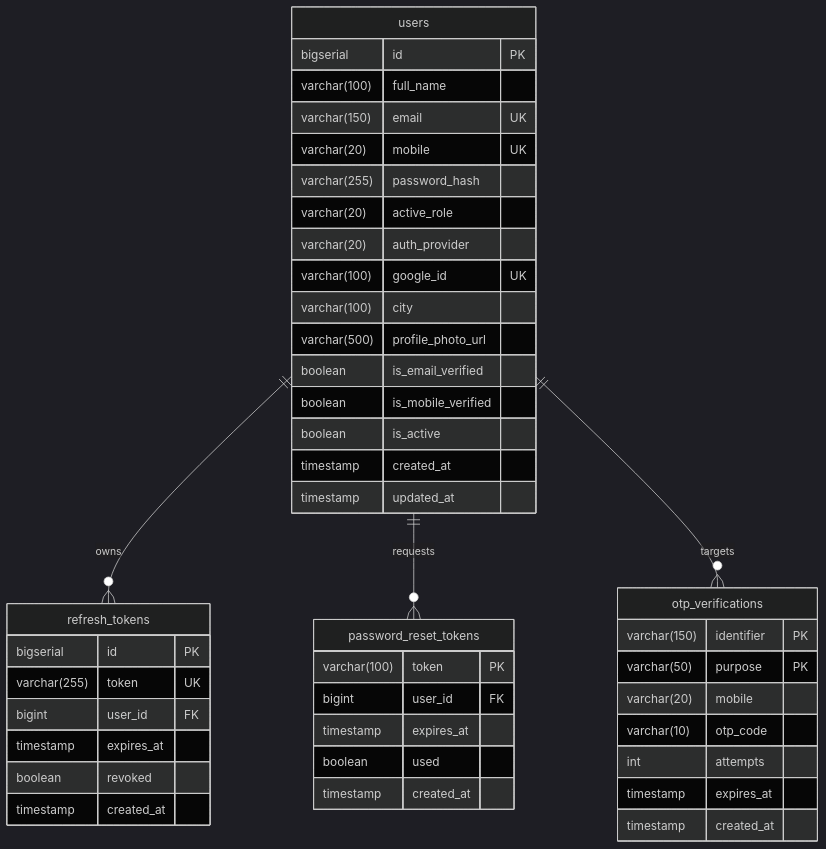
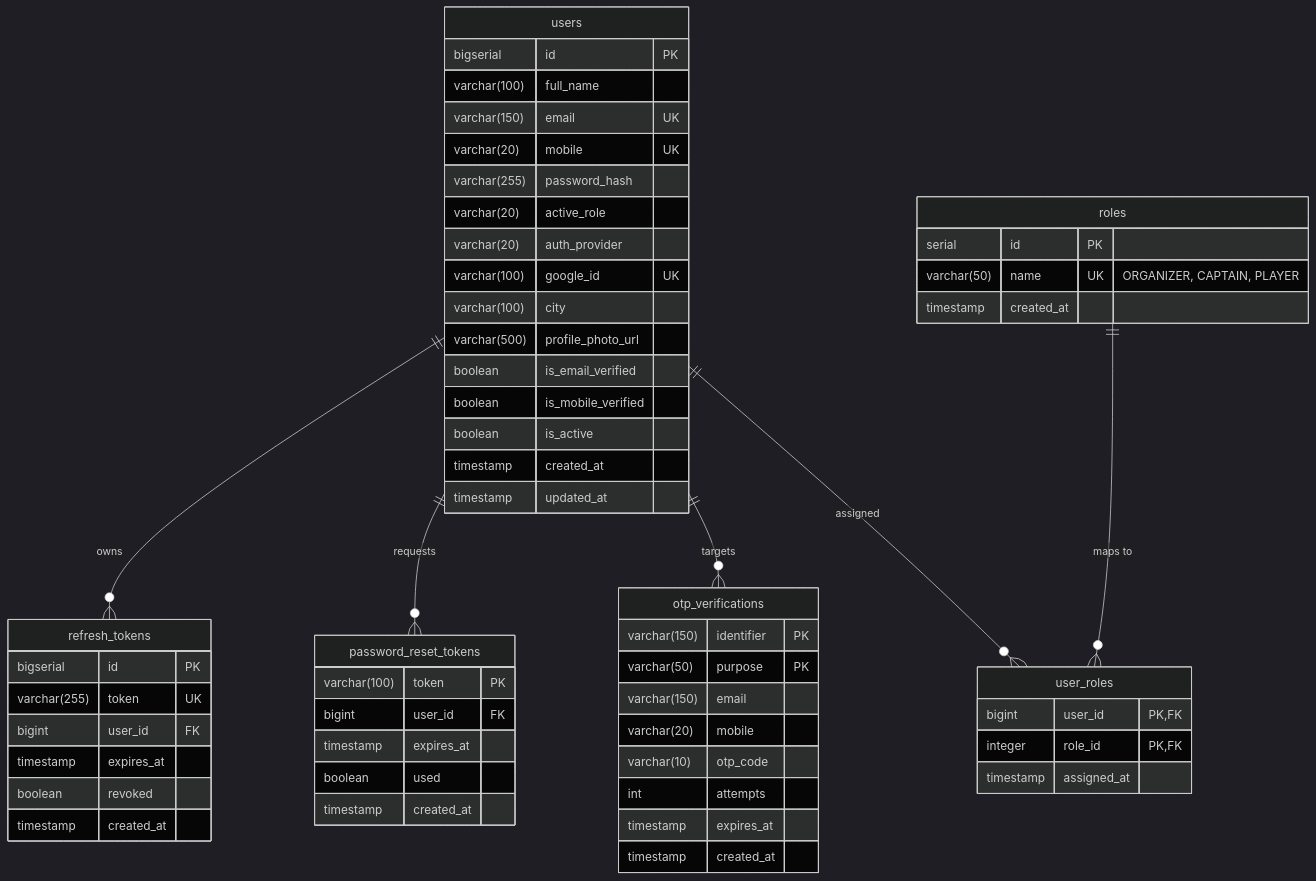
The eighth of 8 diagrams in MODULE_1_AUTHENTICATION_AND_SECURITY_MASTER_GUIDE.md (yogeshpadhiyar/cricauction-backbone), drawn with Mermaid (dark theme) before and after one commit. The commit also changed other lines of this file and 29 other files, not shown here.

````diff
--- a/MODULE_1_AUTHENTICATION_AND_SECURITY_MASTER_GUIDE.md
+++ b/MODULE_1_AUTHENTICATION_AND_SECURITY_MASTER_GUIDE.md
@@ -441,51 +441,66 @@
 ```mermaid
 erDiagram
     users ||--o{ refresh_tokens : owns
     users ||--o{ password_reset_tokens : requests
     users ||--o{ otp_verifications : targets
+    users ||--o{ user_roles : "assigned"
+    roles ||--o{ user_roles : "maps to"
+
+    roles {
+        serial id PK
+        varchar(50) name UK "ORGANIZER, CAPTAIN, PLAYER"
+        timestamp created_at
+    }
+
+    user_roles {
+        bigint user_id PK, FK
+        integer role_id PK, FK
+        timestamp assigned_at
+    }
 
     users {
         bigserial id PK
         varchar(100) full_name
         varchar(150) email UK
         varchar(20) mobile UK
         varchar(255) password_hash
         varchar(20) active_role
         varchar(20) auth_provider
         varchar(100) google_id UK
         varchar(100) city
         varchar(500) profile_photo_url
         boolean is_email_verified
         boolean is_mobile_verified
         boolean is_active
         timestamp created_at
         timestamp updated_at
     }
 
     otp_verifications {
         varchar(150) identifier PK
         varchar(50) purpose PK
+        varchar(150) email
         varchar(20) mobile
         varchar(10) otp_code
         int attempts
         timestamp expires_at
         timestamp created_at
     }
 
     refresh_tokens {
         bigserial id PK
         varchar(255) token UK
         bigint user_id FK
         timestamp expires_at
         boolean revoked
         timestamp created_at
     }
 
     password_reset_tokens {
         varchar(100) token PK
         bigint user_id FK
         timestamp expires_at
         boolean used
         timestamp created_at
     }
 ```
````
